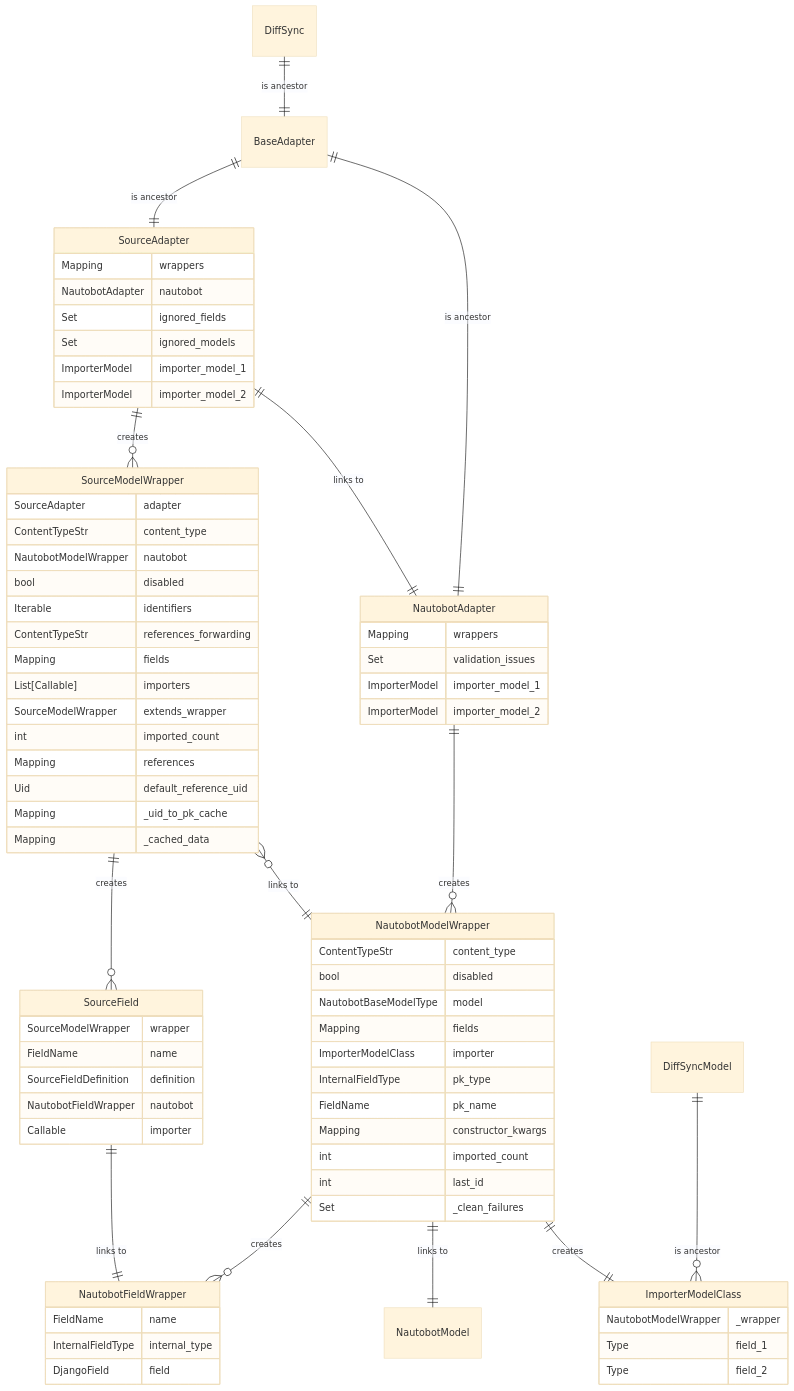
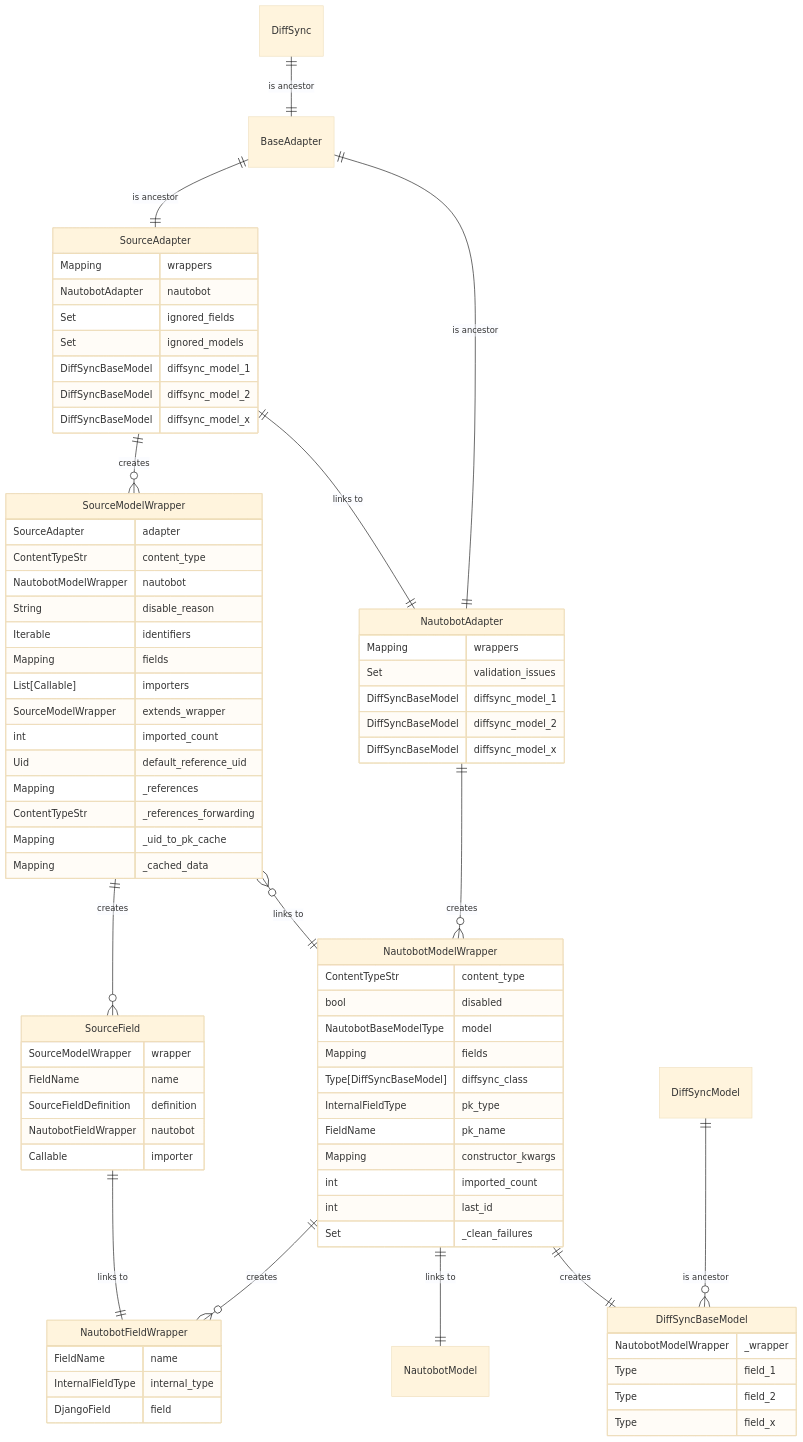
The diagram in docs/dev/generator.md (nautobot/nautobot-app-netbox-importer), drawn with Mermaid (base theme) before and after one commit. The commit also changed other lines of this file and 10 other files, not shown here.

````diff
--- a/docs/dev/generator.md
+++ b/docs/dev/generator.md
@@ -107,76 +107,79 @@
 ```mermaid
 erDiagram
     DiffSync ||--|| BaseAdapter : "is ancestor"
     BaseAdapter ||--|| SourceAdapter : "is ancestor"
     BaseAdapter ||--|| NautobotAdapter : "is ancestor"
     SourceAdapter ||--o{ SourceModelWrapper : "creates"
     SourceModelWrapper ||--o{ SourceField : "creates"
     SourceAdapter ||--|| NautobotAdapter : "links to"
     NautobotAdapter ||--o{ NautobotModelWrapper : "creates"
     SourceModelWrapper }o--|| NautobotModelWrapper : "links to"
     NautobotModelWrapper ||--o{ NautobotFieldWrapper : "creates"
     NautobotModelWrapper ||--|| NautobotModel : "links to"
     SourceField ||--|| NautobotFieldWrapper : "links to"
-    NautobotModelWrapper ||--|| ImporterModelClass : "creates"
-    DiffSyncModel ||--o{ ImporterModelClass : "is ancestor"
+    NautobotModelWrapper ||--|| DiffSyncBaseModel : "creates"
+    DiffSyncModel ||--o{ DiffSyncBaseModel : "is ancestor"
     SourceAdapter {
         Mapping wrappers
         NautobotAdapter nautobot
         Set ignored_fields
         Set ignored_models
-        ImporterModel importer_model_1
-        ImporterModel importer_model_2
+        DiffSyncBaseModel diffsync_model_1
+        DiffSyncBaseModel diffsync_model_2
+        DiffSyncBaseModel diffsync_model_x
     }
     SourceModelWrapper {
         SourceAdapter adapter
         ContentTypeStr content_type
         NautobotModelWrapper nautobot
-        bool disabled
+        String disable_reason
         Iterable identifiers
-        ContentTypeStr references_forwarding
         Mapping fields
         List[Callable] importers
         SourceModelWrapper extends_wrapper
         int imported_count
-        Mapping references
         Uid default_reference_uid
+        Mapping _references
+        ContentTypeStr _references_forwarding
         Mapping _uid_to_pk_cache
         Mapping _cached_data
     }
     SourceField {
         SourceModelWrapper wrapper
         FieldName name
         SourceFieldDefinition definition
         NautobotFieldWrapper nautobot
         Callable importer
     }
     NautobotAdapter {
         Mapping wrappers
         Set validation_issues
-        ImporterModel importer_model_1
-        ImporterModel importer_model_2
+        DiffSyncBaseModel diffsync_model_1
+        DiffSyncBaseModel diffsync_model_2
+        DiffSyncBaseModel diffsync_model_x
     }
     NautobotModelWrapper {
         ContentTypeStr content_type
         bool disabled
         NautobotBaseModelType model
         Mapping fields
-        ImporterModelClass importer
+        Type[DiffSyncBaseModel] diffsync_class
         InternalFieldType pk_type
         FieldName pk_name
         Mapping constructor_kwargs
         int imported_count
         int last_id
         Set _clean_failures
     }
     NautobotFieldWrapper {
         FieldName name
         InternalFieldType internal_type
         DjangoField field
     }
-    ImporterModelClass {
+    DiffSyncBaseModel {
         NautobotModelWrapper _wrapper
         Type field_1
         Type field_2
+        Type field_x
     }
 ```
````
